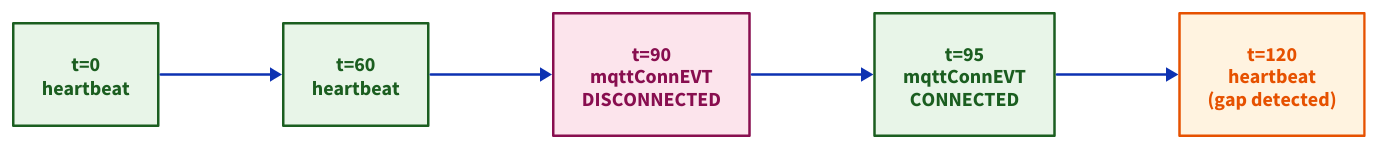
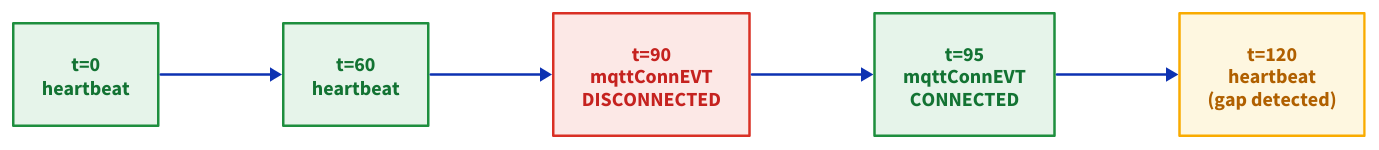
One commit to admiral-ai/zebra-handheld-rfid-iotc changed the diagram in docs/observability/monitoring/connection-quality.md. Above: the diagram before and after it, drawn with D2. The commit also changed 40 other files, not shown here.

First line of the commit message:
Redesign all 54 D2 diagrams to a unified visual system

````diff
--- a/docs/observability/monitoring/connection-quality.md
+++ b/docs/observability/monitoring/connection-quality.md
@@ -24,9 +24,15 @@
 ```d2
+classes: {
+  good: { style: { fill: "#e6f4ea"; stroke: "#1e8e3e"; font-color: "#137333" } }
+  warn: { style: { fill: "#fef7e0"; stroke: "#f9ab00"; font-color: "#b06000" } }
+  bad:  { style: { fill: "#fce8e6"; stroke: "#d93025"; font-color: "#c5221f" } }
+}
 direction: right
-T1: "t=0\nheartbeat" { style: { fill: "#e8f5e8"; stroke: "#1b5e20"; font-color: "#1b5e20" } }
-T2: "t=60\nheartbeat" { style: { fill: "#e8f5e8"; stroke: "#1b5e20"; font-color: "#1b5e20" } }
-T3: "t=90\nmqttConnEVT\nDISCONNECTED" { style: { fill: "#fce4ec"; stroke: "#880e4f"; font-color: "#880e4f" } }
-T4: "t=95\nmqttConnEVT\nCONNECTED" { style: { fill: "#e8f5e8"; stroke: "#1b5e20"; font-color: "#1b5e20" } }
-T5: "t=120\nheartbeat\n(gap detected)" { style: { fill: "#fff3e0"; stroke: "#e65100"; font-color: "#e65100" } }
+T1: "t=0\nheartbeat" { class: good }
+T2: "t=60\nheartbeat" { class: good }
+T3: "t=90\nmqttConnEVT\nDISCONNECTED" { class: bad }
+T4: "t=95\nmqttConnEVT\nCONNECTED" { class: good }
+T5: "t=120\nheartbeat\n(gap detected)" { class: warn }
 T1 -> T2 -> T3 -> T4 -> T5
+
 ```
````
